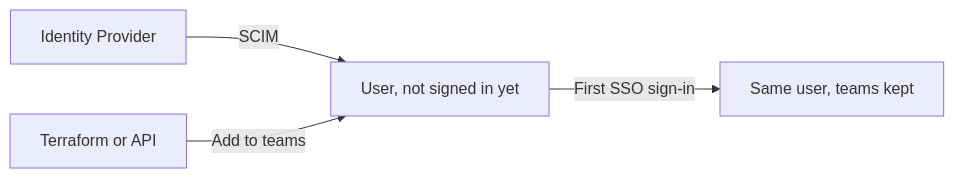
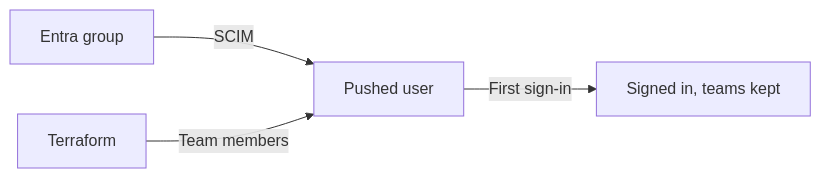
Before and after one commit to archestra-ai/archestra: the diagram in docs/pages/admin/identity/scim.md, drawn with Mermaid. The commit also changed other lines of this file, not shown here.

Commit message:
docs(scim): rewrite the page around Microsoft Entra ID with a Terraform example

````diff
--- a/docs/pages/admin/identity/scim.md
+++ b/docs/pages/admin/identity/scim.md
@@ -16,6 +49,6 @@
 ```mermaid
 flowchart LR
-  IdP[Identity Provider]:::external -->|SCIM| User[User, not signed in yet]:::accent
-  IaC[Terraform or API] -->|Add to teams| User
-  User -->|First SSO sign-in| Active[Same user, teams kept]:::ok
+  Entra[Entra group]:::external -->|SCIM| User[Pushed user]:::accent
+  TF[Terraform] -->|Team members| User
+  User -->|First sign-in| Active[Signed in, teams kept]:::ok
 ```
````
